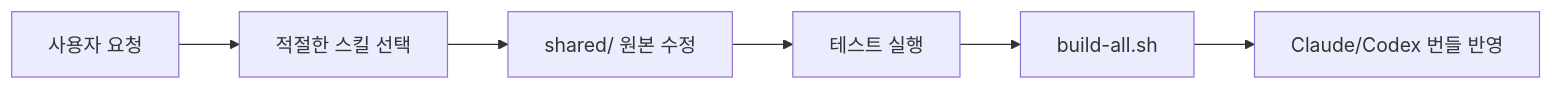
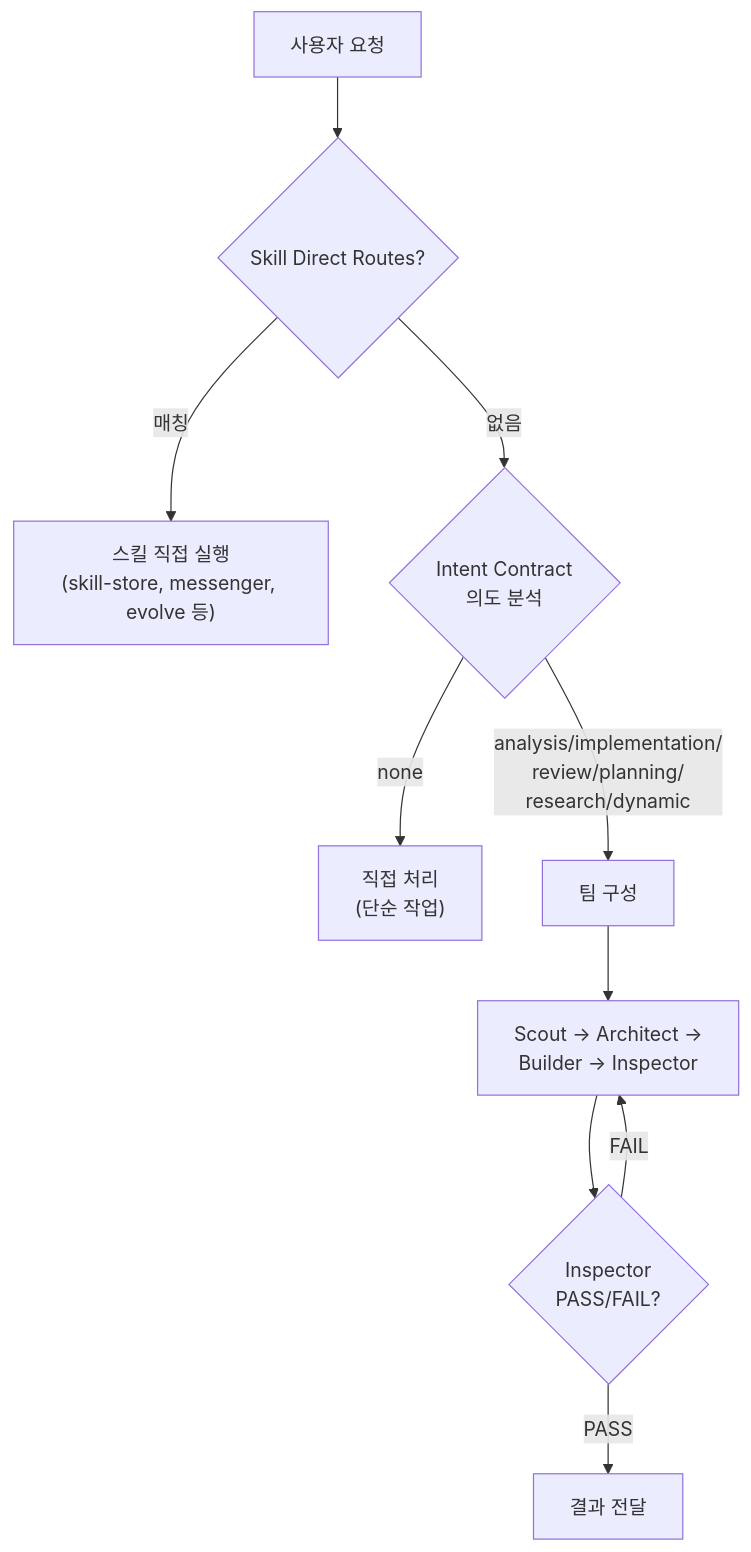
Before and after one commit to Jimmy-Jung/ai-symbiote: the first of 4 diagrams in docs/FLOWS.md, drawn with Mermaid. The commit also changed 2 other files, not shown here.

Commit message:
docs: v0.8.0 Intent Routing 및 ADK 패턴 매핑 문서 반영
- ARCHITECTURE.md: Synapse Intent-Based Routing 섹션 추가 + Mermaid 라우팅 다이어그램
- ARCHITECTURE.md: ADK 패턴 매핑 테이블 추가, 버전 0.7.1 → 0.8.0
- FLOWS.md: 시스템 흐름 다이어그램을 Intent Contract 기반으로 업데이트
- README.md: synapse 설명을 Intent Contract 기반 라우팅으로 갱신

````diff
--- a/docs/FLOWS.md
+++ b/docs/FLOWS.md
@@ -8,8 +8,12 @@
 ```mermaid
-flowchart LR
-    A["사용자 요청"] --> B["적절한 스킬 선택"]
-    B --> C["shared/ 원본 수정"]
-    C --> D["테스트 실행"]
-    D --> E["build-all.sh"]
-    E --> F["Claude/Codex 번들 반영"]
+flowchart TD
+    A["사용자 요청"] --> B{"Skill Direct Routes?"}
+    B -->|"매칭"| C["스킬 직접 실행<br/>(skill-store, messenger, evolve 등)"]
+    B -->|"없음"| D{"Intent Contract<br/>의도 분석"}
+    D -->|"none"| E["직접 처리<br/>(단순 작업)"]
+    D -->|"analysis/implementation/<br/>review/planning/<br/>research/dynamic"| F["팀 구성"]
+    F --> G["Scout → Architect →<br/>Builder → Inspector"]
+    G --> H{"Inspector<br/>PASS/FAIL?"}
+    H -->|"PASS"| I["결과 전달"]
+    H -->|"FAIL"| G
 ```
````
